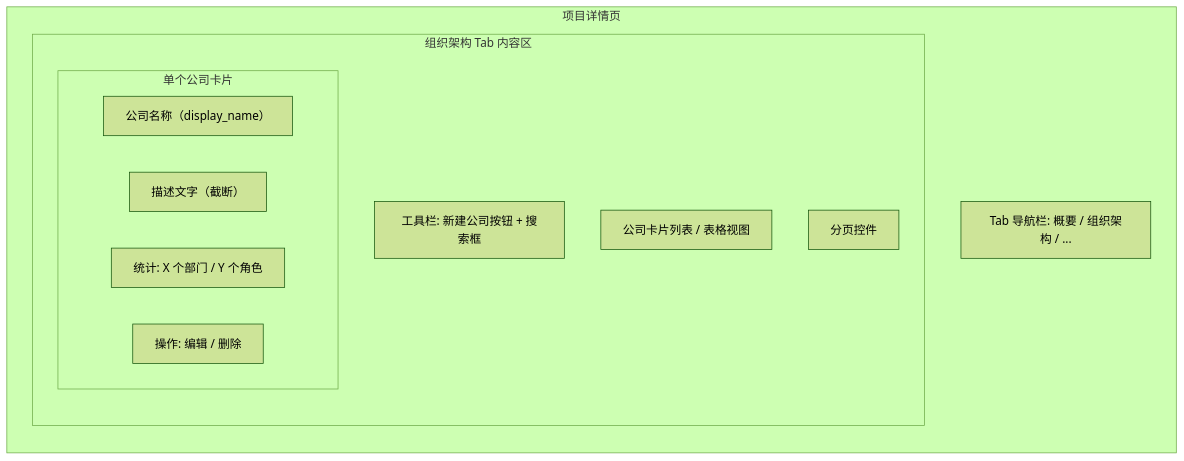
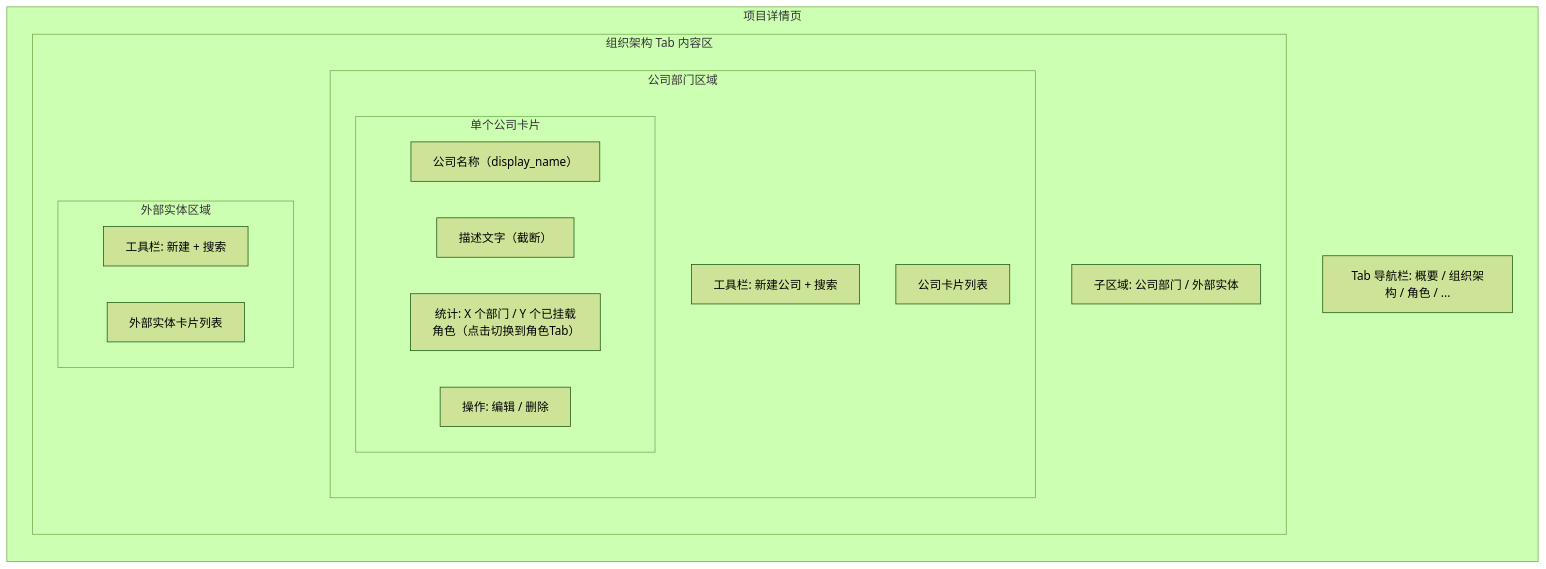
Before and after one commit to kai-cui1/ai-prototype-manager: the second of 6 diagrams in docs/03-prd/modules/project-management/project-management-prd-2.md, drawn with Mermaid (forest theme). The commit also changed other lines of this file and 3 other files, not shown here.

````diff
--- a/docs/03-prd/modules/project-management/project-management-prd-2.md
+++ b/docs/03-prd/modules/project-management/project-management-prd-2.md
@@ -186,19 +186,26 @@
 ```mermaid
 graph TD
     subgraph ProjectDetail["项目详情页"]
         direction TB
-        Tabs["Tab 导航栏: 概要 / 组织架构 / ..."]
+        Tabs["Tab 导航栏: 概要 / 组织架构 / 角色 / ..."]
         subgraph OrgTab["组织架构 Tab 内容区"]
             direction TB
-            Toolbar["工具栏: 新建公司按钮 + 搜索框"]
-            List["公司卡片列表 / 表格视图"]
-            subgraph Card["单个公司卡片"]
-                CName["公司名称（display_name）"]
-                CDesc["描述文字（截断）"]
-                CStats["统计: X 个部门 / Y 个角色"]
-                CActions["操作: 编辑 / 删除"]
+            SubAreas["子区域: 公司部门 / 外部实体"]
+            subgraph CompanyArea["公司部门区域"]
+                direction TB
+                CToolbar["工具栏: 新建公司 + 搜索"]
+                CList["公司卡片列表"]
+                subgraph Card["单个公司卡片"]
+                    CName["公司名称（display_name）"]
+                    CDesc["描述文字（截断）"]
+                    CStats["统计: X 个部门 / Y 个已挂载角色（点击切换到角色Tab）"]
+                    CActions["操作: 编辑 / 删除"]
+                end
             end
-            Pagination["分页控件"]
+            subgraph EEArea["外部实体区域"]
+                EEToolbar["工具栏: 新建 + 搜索"]
+                EEList["外部实体卡片列表"]
+            end
         end
     end
 ```
````
